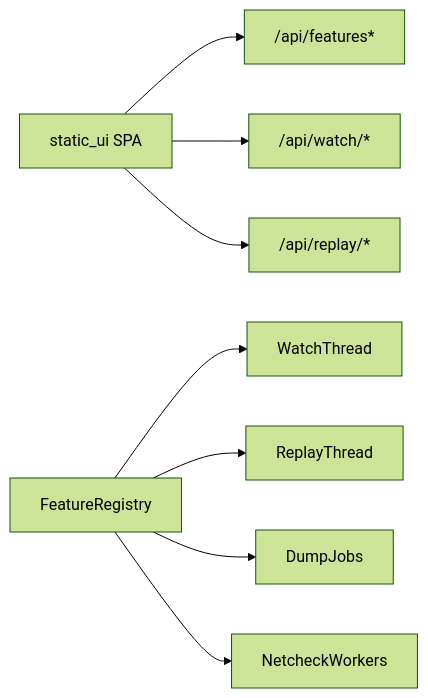
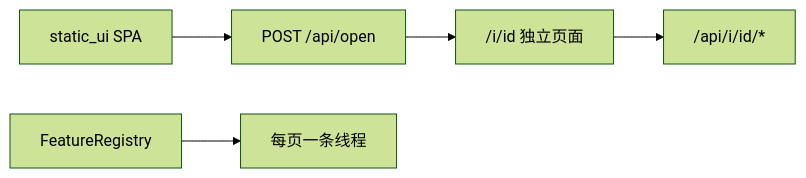
The diagram in host/DESIGN.md (LeakySink/auto_aim_cornerSubpix), drawn with Mermaid (forest theme) before and after one commit. The commit also changed other lines of this file and 22 other files, not shown here.

````diff
--- a/host/DESIGN.md
+++ b/host/DESIGN.md
@@ -24,10 +24,7 @@
 ```mermaid
 flowchart LR
-  SPA[static_ui SPA] --> API["/api/features*"]
-  SPA --> W["/api/watch/*"]
-  SPA --> R["/api/replay/*"]
-  Reg[FeatureRegistry] --> Tw[WatchThread]
-  Reg --> Tr[ReplayThread]
-  Reg --> Td[DumpJobs]
-  Reg --> Tn[NetcheckWorkers]
+  SPA[static_ui SPA] --> Open["POST /api/open"]
+  Open -->   Page["/i/id 独立页面"]
+  Page --> API["/api/i/id/*"]
+  Reg[FeatureRegistry] --> Tw[每页一条线程]
 ```
````
